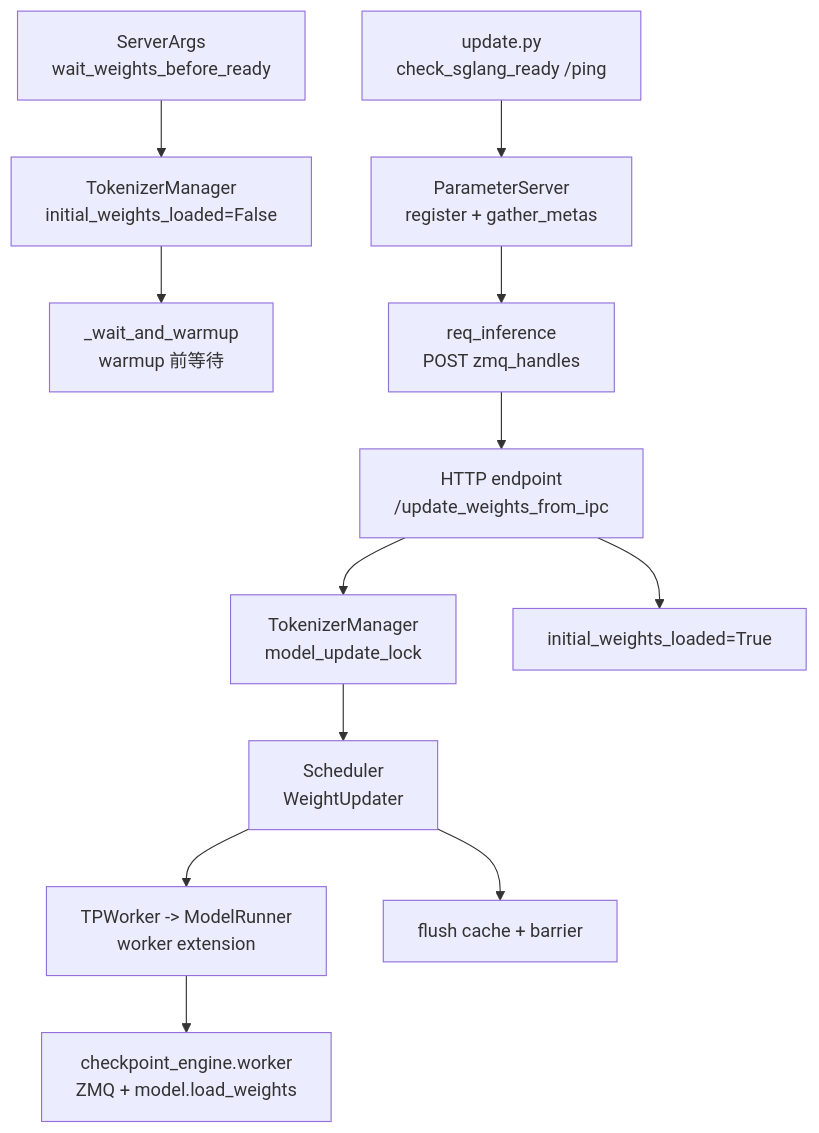
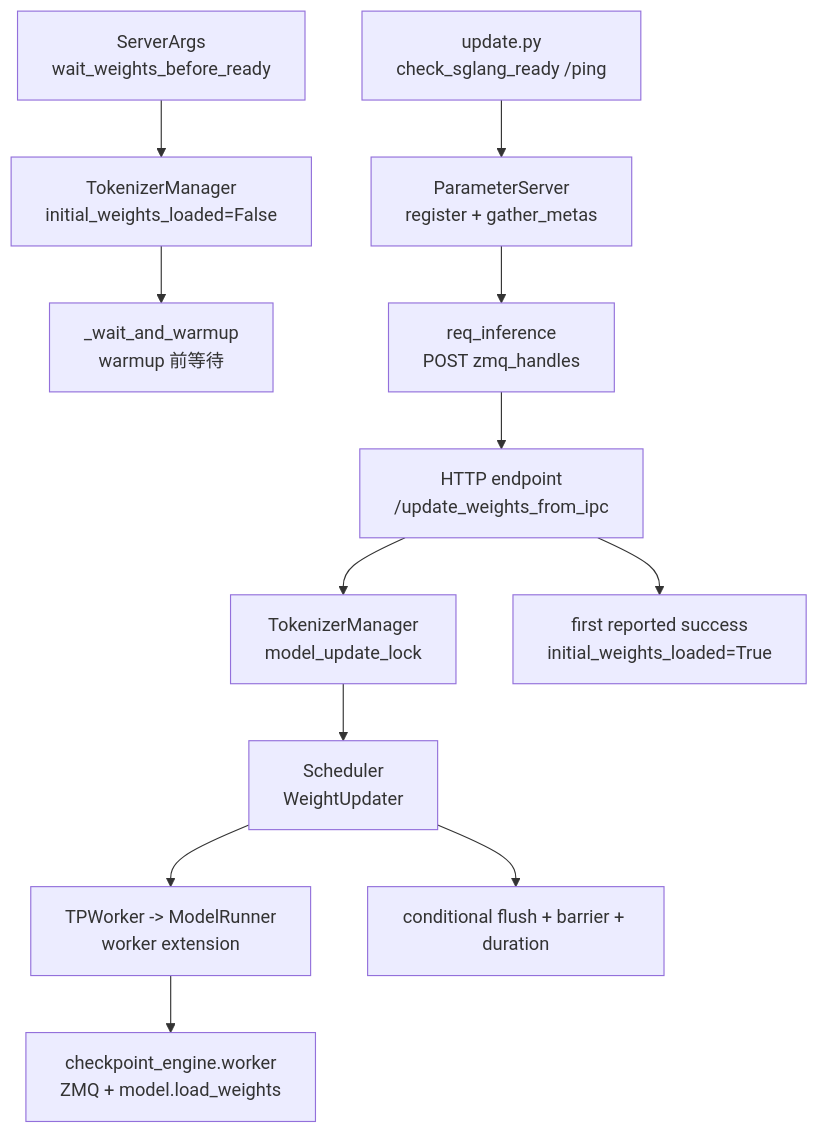
One commit to OnlyHero5/sglang-reading-vault changed the diagram in sglang_reading/高级特性/CheckpointEngine/SGLang-CheckpointEngine-源码走读.md. Above: the diagram before and after it, drawn with Mermaid. The commit also changed other lines of this file and 512 other files, not shown here.

````diff
--- a/sglang_reading/高级特性/CheckpointEngine/SGLang-CheckpointEngine-源码走读.md
+++ b/sglang_reading/高级特性/CheckpointEngine/SGLang-CheckpointEngine-源码走读.md
@@ -59,14 +59,14 @@
 ```mermaid
 flowchart TB
   A["ServerArgs<br/>wait_weights_before_ready"] --> B["TokenizerManager<br/>initial_weights_loaded=False"]
   B --> C["_wait_and_warmup<br/>warmup 前等待"]
   D["update.py<br/>check_sglang_ready /ping"] --> E["ParameterServer<br/>register + gather_metas"]
   E --> F["req_inference<br/>POST zmq_handles"]
   F --> G["HTTP endpoint<br/>/update_weights_from_ipc"]
   G --> H["TokenizerManager<br/>model_update_lock"]
   H --> I["Scheduler<br/>WeightUpdater"]
   I --> J["TPWorker -> ModelRunner<br/>worker extension"]
   J --> K["checkpoint_engine.worker<br/>ZMQ + model.load_weights"]
-  I --> L["flush cache + barrier"]
-  G --> M["initial_weights_loaded=True"]
+  I --> L["conditional flush + barrier + duration"]
+  G --> M["first reported success<br/>initial_weights_loaded=True"]
 ```
````
